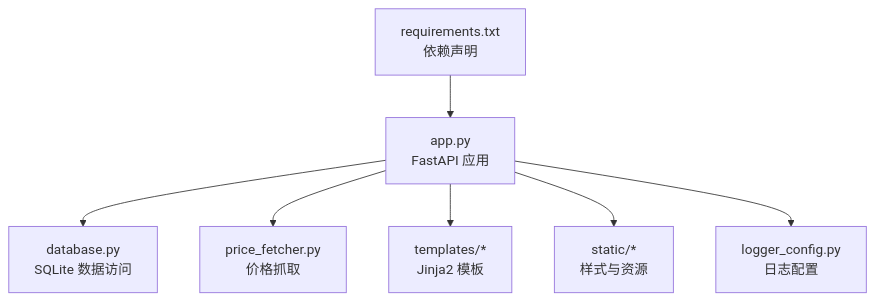
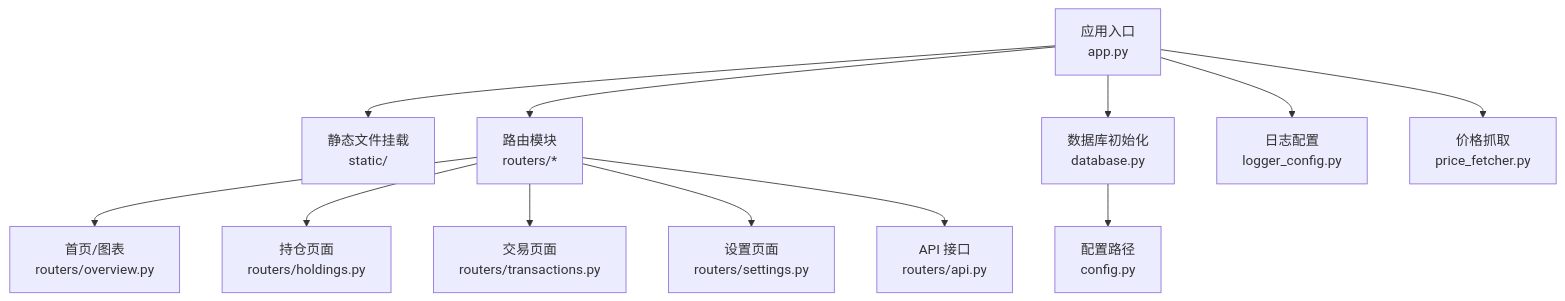
The first of 8 diagrams in .qoder/repowiki/zh/content/部署与运维/部署与运维.md (macrohuang/invest-log), drawn with Mermaid before and after one commit. The commit also changed other lines of this file and 121 other files, not shown here.

````diff
--- a/.qoder/repowiki/zh/content/部署与运维/部署与运维.md
+++ b/.qoder/repowiki/zh/content/部署与运维/部署与运维.md
@@ -41,9 +41,14 @@
 ```mermaid
 graph TB
-A["app.py<br/>FastAPI 应用"] --> B["database.py<br/>SQLite 数据访问"]
-A --> C["price_fetcher.py<br/>价格抓取"]
-A --> D["templates/*<br/>Jinja2 模板"]
-A --> E["static/*<br/>样式与资源"]
-A --> F["logger_config.py<br/>日志配置"]
-G["requirements.txt<br/>依赖声明"] --> A
+A["应用入口<br/>app.py"] --> B["静态文件挂载<br/>static/"]
+A --> C["路由模块<br/>routers/*"]
+C --> D["首页/图表<br/>routers/overview.py"]
+C --> E["持仓页面<br/>routers/holdings.py"]
+C --> F["交易页面<br/>routers/transactions.py"]
+C --> G["设置页面<br/>routers/settings.py"]
+C --> H["API 接口<br/>routers/api.py"]
+A --> I["数据库初始化<br/>database.py"]
+I --> J["配置路径<br/>config.py"]
+A --> K["日志配置<br/>logger_config.py"]
+A --> L["价格抓取<br/>price_fetcher.py"]
 ```
````
